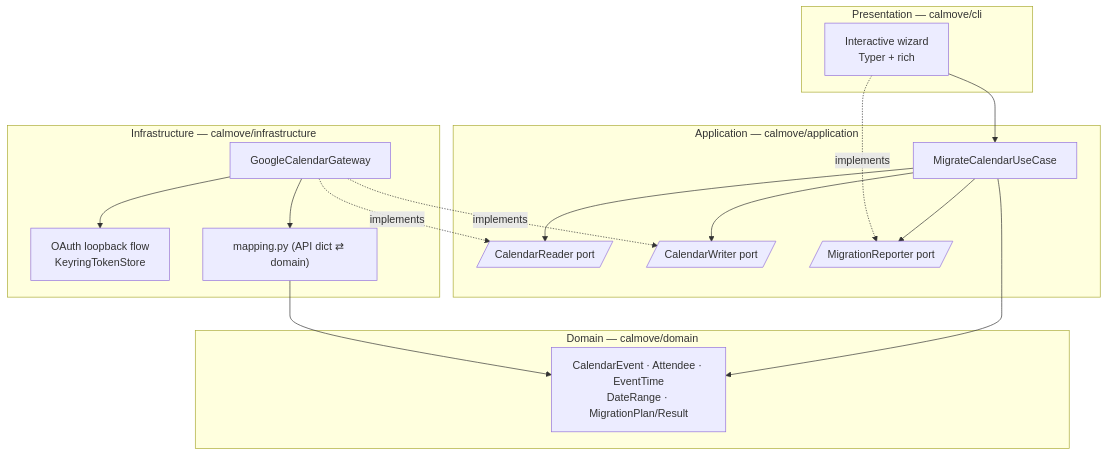
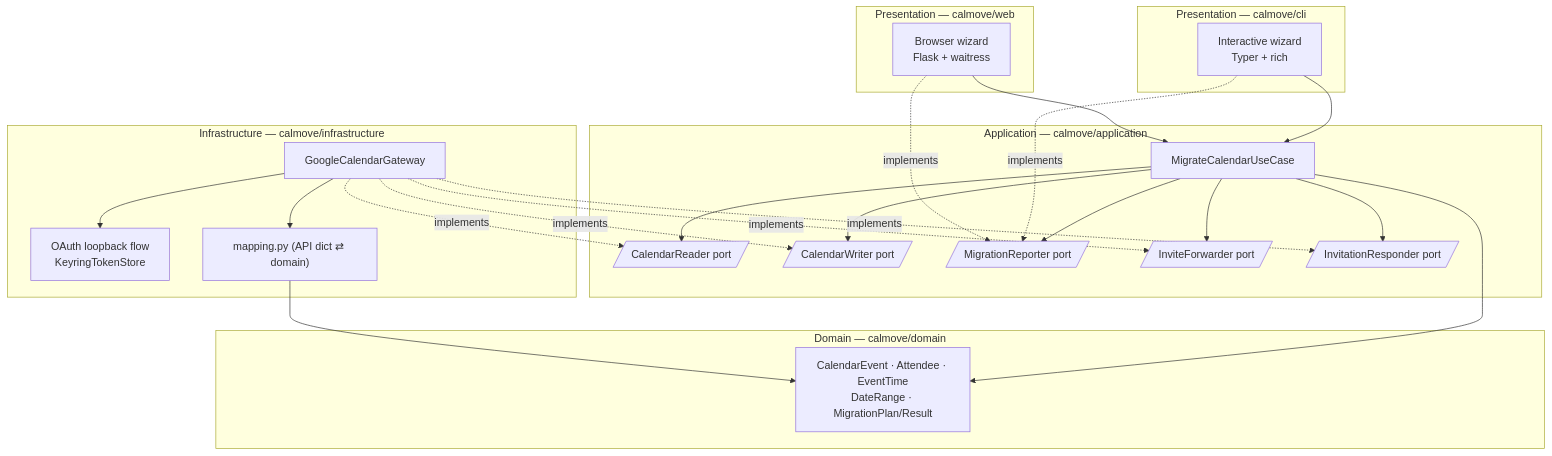
One commit to p1x3l4rtd3v/CalMove changed the first of 5 diagrams in docs/SPECIFICATION.md. Above: the diagram before and after it, drawn with Mermaid. The commit also changed other lines of this file and 28 other files, not shown here.

````diff
--- a/docs/SPECIFICATION.md
+++ b/docs/SPECIFICATION.md
@@ -54,27 +54,34 @@
 ```mermaid
 flowchart TB
     subgraph CLI["Presentation — calmove/cli"]
         W[Interactive wizard<br/>Typer + rich]
+    end
+    subgraph WEB["Presentation — calmove/web"]
+        WW[Browser wizard<br/>Flask + waitress]
     end
     subgraph APP["Application — calmove/application"]
         UC[MigrateCalendarUseCase]
         P1[/CalendarReader port/]
         P2[/CalendarWriter port/]
         P3[/MigrationReporter port/]
+        P4[/InviteForwarder port/]
+        P5[/InvitationResponder port/]
     end
     subgraph DOM["Domain — calmove/domain"]
         E[CalendarEvent · Attendee · EventTime<br/>DateRange · MigrationPlan/Result]
     end
     subgraph INF["Infrastructure — calmove/infrastructure"]
         G[GoogleCalendarGateway]
         A[OAuth loopback flow<br/>KeyringTokenStore]
         M["mapping.py (API dict ⇄ domain)"]
     end
     W --> UC
-    UC --> P1 & P2 & P3
+    WW --> UC
+    UC --> P1 & P2 & P3 & P4 & P5
     UC --> E
-    G -. implements .-> P1 & P2
+    G -. implements .-> P1 & P2 & P4 & P5
     W -. implements .-> P3
+    WW -. implements .-> P3
     G --> M --> E
     G --> A
 ```
````
